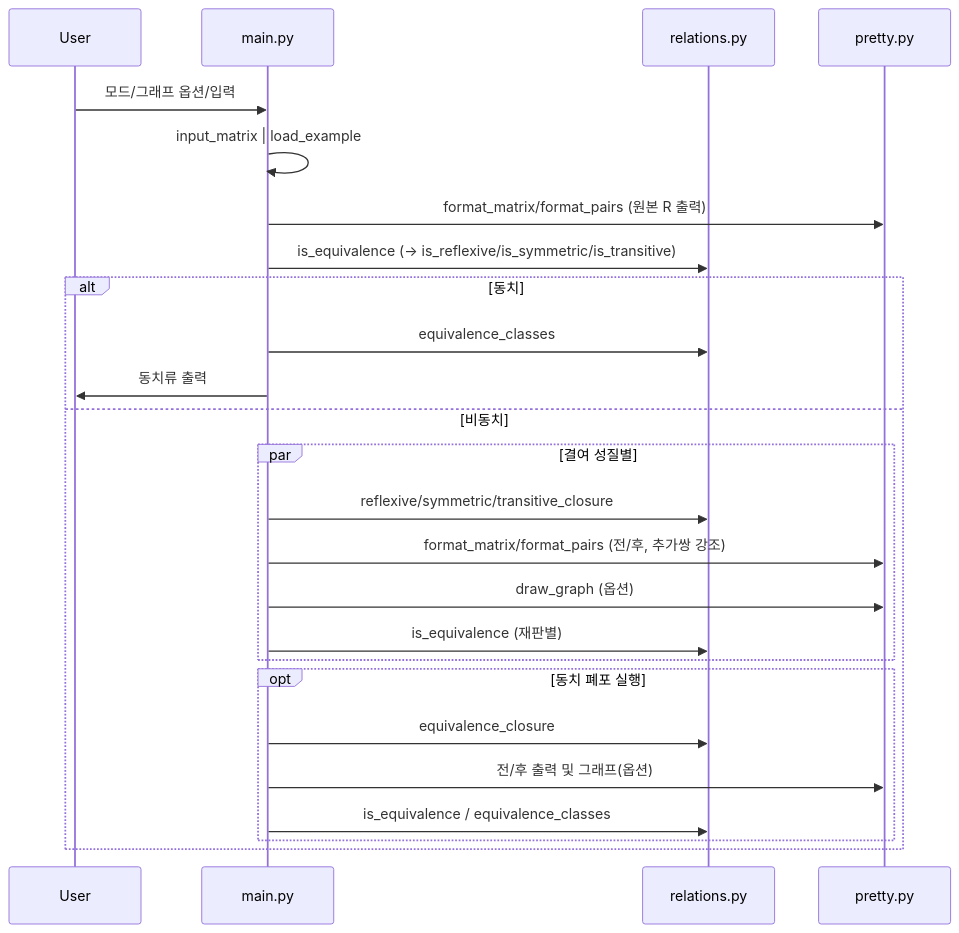
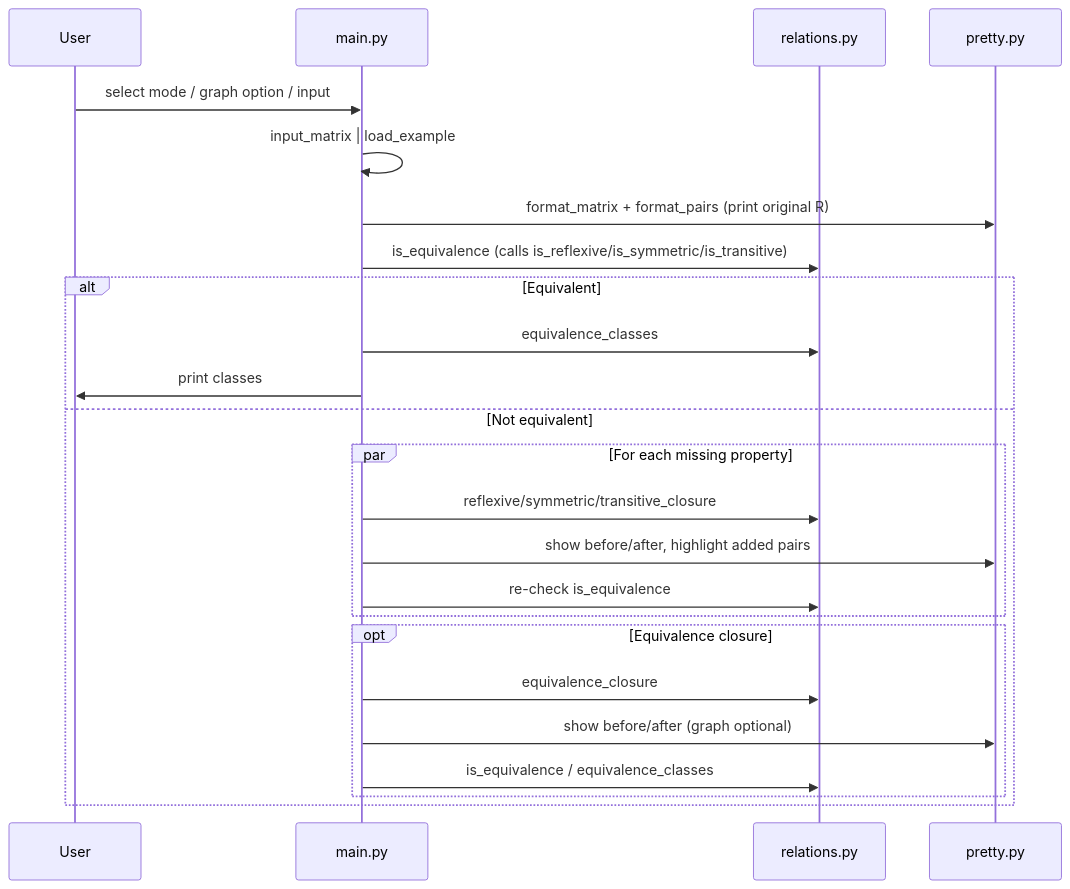
One commit to mrpc2003/Equivalence-Relationship-Discriminator changed the third of 3 diagrams in README.md. Above: the diagram before and after it, drawn with Mermaid. The commit also changed other lines of this file, not shown here.

Commit message:
docs: fix Mermaid diagrams for GitHub parser (ASCII labels, subgraph IDs)

````diff
--- a/README.md
+++ b/README.md
@@ -128,28 +127,27 @@
 ```mermaid
 sequenceDiagram
   participant U as User
   participant M as main.py
   participant R as relations.py
   participant P as pretty.py
 
-  U->>M: 모드/그래프 옵션/입력
+  U->>M: select mode / graph option / input
   M->>M: input_matrix | load_example
-  M->>P: format_matrix/format_pairs (원본 R 출력)
-  M->>R: is_equivalence (→ is_reflexive/is_symmetric/is_transitive)
-  alt 동치
+  M->>P: format_matrix + format_pairs (print original R)
+  M->>R: is_equivalence (calls is_reflexive/is_symmetric/is_transitive)
+  alt Equivalent
     M->>R: equivalence_classes
-    M->>U: 동치류 출력
-  else 비동치
-    par 결여 성질별
+    M->>U: print classes
+  else Not equivalent
+    par For each missing property
       M->>R: reflexive/symmetric/transitive_closure
-      M->>P: format_matrix/format_pairs (전/후, 추가쌍 강조)
-      M->>P: draw_graph (옵션)
-      M->>R: is_equivalence (재판별)
+      M->>P: show before/after, highlight added pairs
+      M->>R: re-check is_equivalence
     end
-    opt 동치 폐포 실행
+    opt Equivalence closure
       M->>R: equivalence_closure
-      M->>P: 전/후 출력 및 그래프(옵션)
+      M->>P: show before/after (graph optional)
       M->>R: is_equivalence / equivalence_classes
     end
   end
 ```
````
